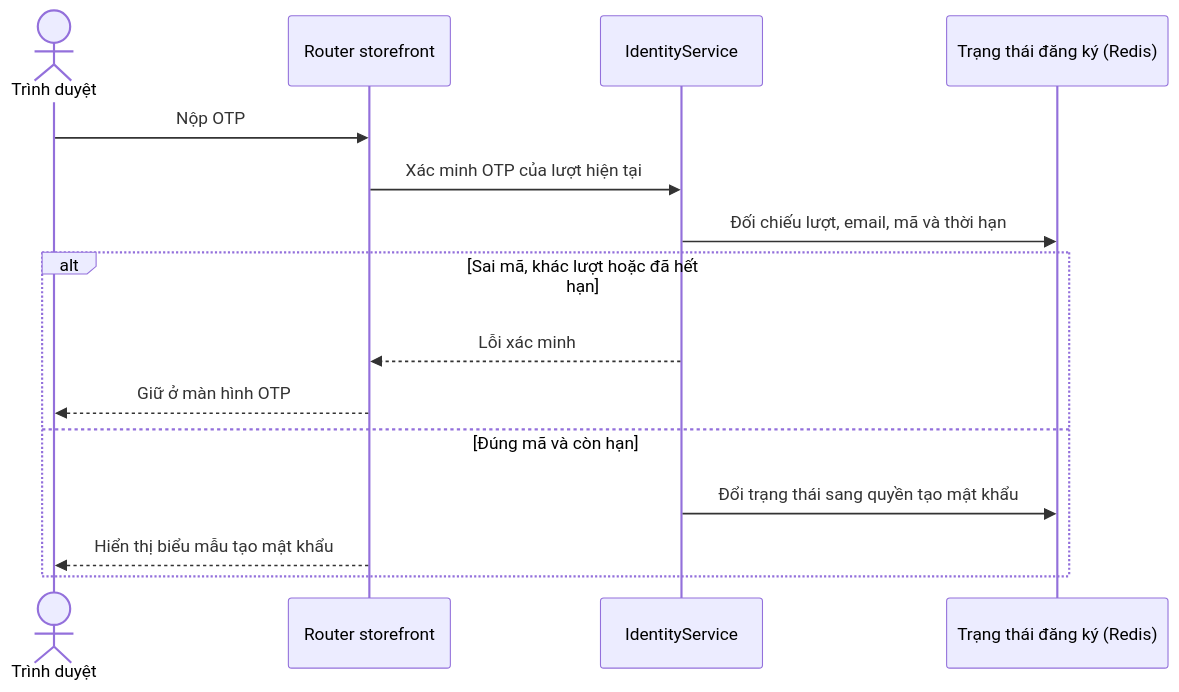
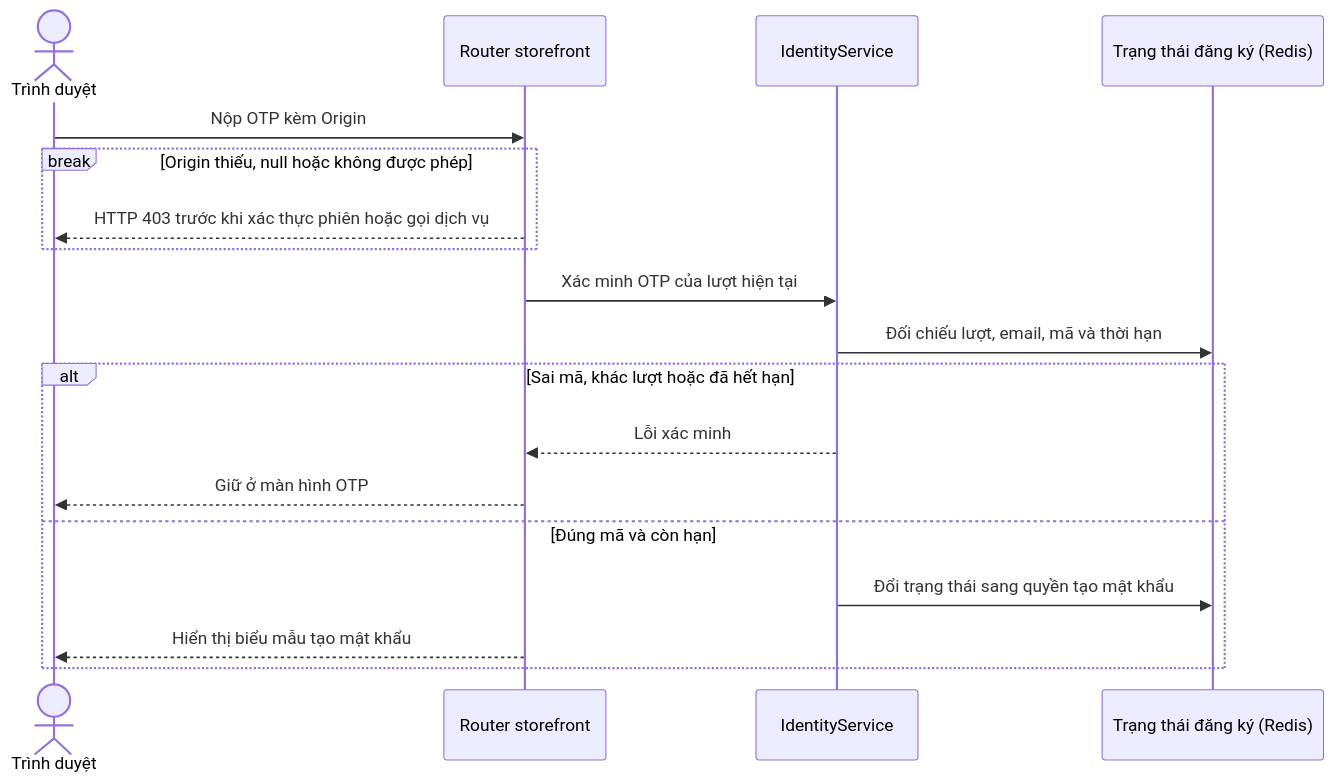
One commit to thanhklt/sobie-swimwear-e-commerce changed the diagram in docs/sequence/identity/post-register-otp.md. Above: the diagram before and after it, drawn with Mermaid. The commit also changed other lines of this file and 72 other files, not shown here.

````diff
--- a/docs/sequence/identity/post-register-otp.md
+++ b/docs/sequence/identity/post-register-otp.md
@@ -5,17 +5,20 @@
 ```mermaid
 sequenceDiagram
     actor Browser as Trình duyệt
     participant Route as Router storefront
     participant Service as IdentityService
     participant Redis as Trạng thái đăng ký (Redis)
-    Browser->>Route: Nộp OTP
+    Browser->>Route: Nộp OTP kèm Origin
+    break Origin thiếu, null hoặc không được phép
+        Route-->>Browser: HTTP 403 trước khi xác thực phiên hoặc gọi dịch vụ
+    end
     Route->>Service: Xác minh OTP của lượt hiện tại
     Service->>Redis: Đối chiếu lượt, email, mã và thời hạn
     alt Sai mã, khác lượt hoặc đã hết hạn
         Service-->>Route: Lỗi xác minh
         Route-->>Browser: Giữ ở màn hình OTP
     else Đúng mã và còn hạn
         Service->>Redis: Đổi trạng thái sang quyền tạo mật khẩu
         Route-->>Browser: Hiển thị biểu mẫu tạo mật khẩu
     end
 ```
````
